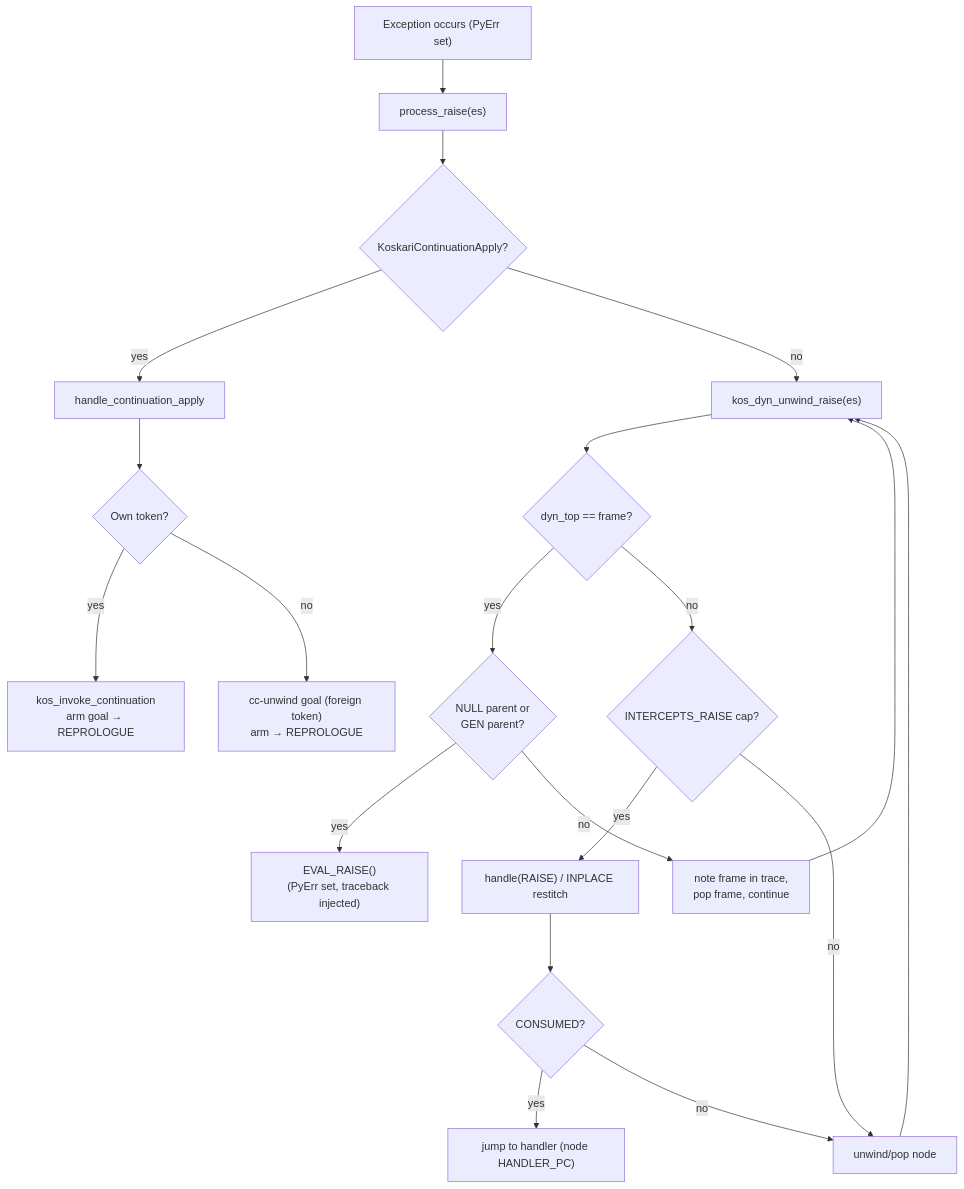
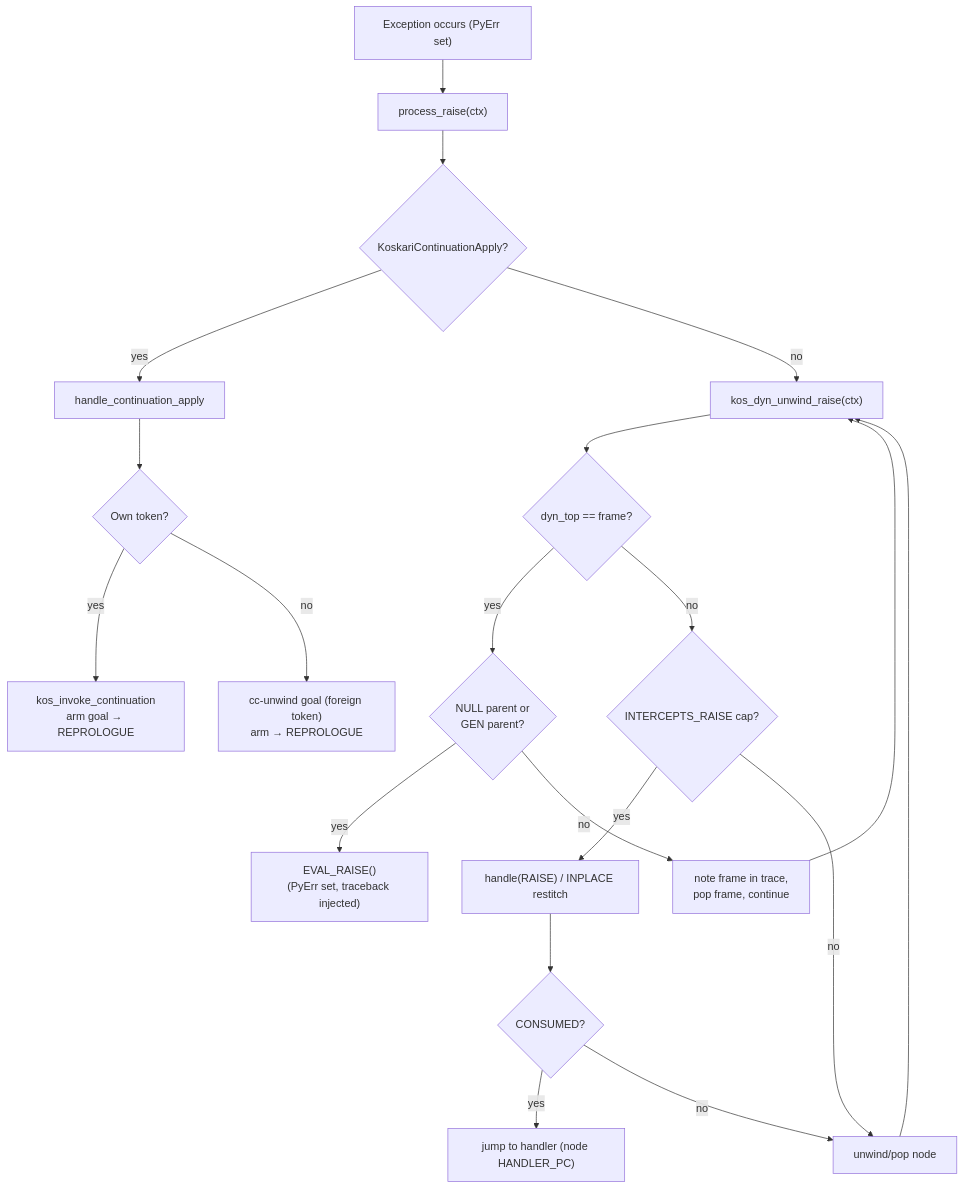
One commit to koskari-lang/koskari changed the ninth of 12 diagrams in design/EVALUATOR.md. Above: the diagram before and after it, drawn with Mermaid. The commit also changed other lines of this file and 433 other files, not shown here.

````diff
--- a/design/EVALUATOR.md
+++ b/design/EVALUATOR.md
@@ -706,40 +706,40 @@
 ```mermaid
 flowchart TD
     exc["Exception occurs (PyErr set)"]
-    process["process_raise(es)"]
+    process["process_raise(ctx)"]
     cc_check{"KoskariContinuationApply?"}
     handle_cc["handle_continuation_apply"]
     own{"Own token?"}
     invoke["kos_invoke_continuation<br/>arm goal → REPROLOGUE"]
     foreign["cc-unwind goal (foreign token)<br/>arm → REPROLOGUE"]
-    try_local["kos_dyn_unwind_raise(es)"]
+    try_local["kos_dyn_unwind_raise(ctx)"]
     gate{"INTERCEPTS_RAISE cap?"}
     dispatch["handle(RAISE) / INPLACE restitch"]
     consumed{"CONSUMED?"}
     jump["jump to handler (node HANDLER_PC)"]
     pop["unwind/pop node"]
     frame_edge{"dyn_top == frame?"}
     cross["note frame in trace,<br/>pop frame, continue"]
     exit_edge{"NULL parent or<br/>GEN parent?"}
     no_handler["EVAL_RAISE()<br/>(PyErr set, traceback injected)"]
 
     exc --> process
     process --> cc_check
     cc_check -->|yes| handle_cc
     handle_cc --> own
     own -->|yes| invoke
     own -->|no| foreign
     cc_check -->|no| try_local
     try_local --> frame_edge
     frame_edge -->|yes| exit_edge
     exit_edge -->|yes| no_handler
     exit_edge -->|no| cross
     cross --> try_local
     frame_edge -->|no| gate
     gate -->|yes| dispatch
     dispatch --> consumed
     consumed -->|yes| jump
     consumed -->|no| pop
     gate -->|no| pop
     pop --> try_local
 ```
````
